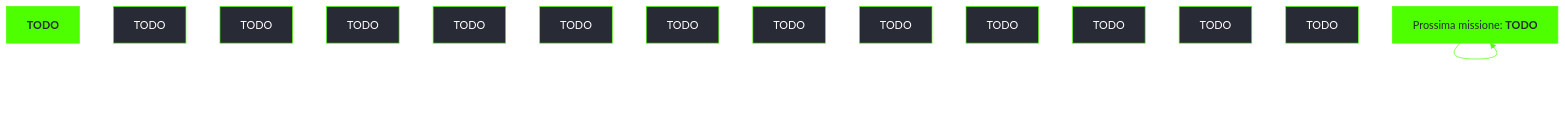
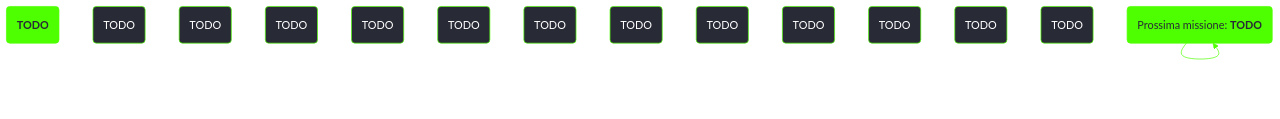
The diagram in content/docs/fallout 3/missioni/Devi mirare alla testa.md (persy/wastelander), drawn with Mermaid before and after one commit. The commit also changed 35 other files, not shown here.

````diff
--- a/content/docs/fallout 3/missioni/Devi mirare alla testa.md
+++ b/content/docs/fallout 3/missioni/Devi mirare alla testa.md
@@ -23,23 +23,23 @@
 ```mermaid
 %%{init: {'theme': 'base', 'themeVariables': { 'primaryColor': '#282a36', 'primaryBorderColor': '#4eff01', 'primaryTextColor': '#fff', 'lineColor': '#4eff01', 'fontFamily': 'Jura'}}}%%
 graph TD;
-    id1[<b>TODO</b>]:::questfo3
-    id2[TODO]
-    id3[TODO]
-    id4[TODO]
-    id5[TODO]
-    id6[TODO]
-    id7[TODO] 
-    id8[TODO]
-    id9[TODO]
-    id10[TODO]
-    id11[TODO]
-    id12[TODO]
-    id13[TODO] 
-    id[TODO]:::rewardfo3
-    id[Prossima missione: <b>TODO</b>]:::questfo3
+    id1(<b>TODO</b>):::questfo3
+    id2(TODO)
+    id3(TODO)
+    id4(TODO)
+    id5(TODO)
+    id6(TODO)
+    id7(TODO) 
+    id8(TODO)
+    id9(TODO)
+    id10(TODO)
+    id11(TODO)
+    id12(TODO)
+    id13(TODO) 
+    id(TODO):::rewardfo3
+    id(Prossima missione: <b>TODO</b>):::questfo3
     id-->id-->id-->id-->id-->id-->id
     click id "../TODO"
     classDef rewardfo3 fill:#4eff01, stroke:#4eff01, color:#282a36;
     classDef questfo3 fill:#4eff01, stroke:#4eff01, color:#282a36;
 ```
````
